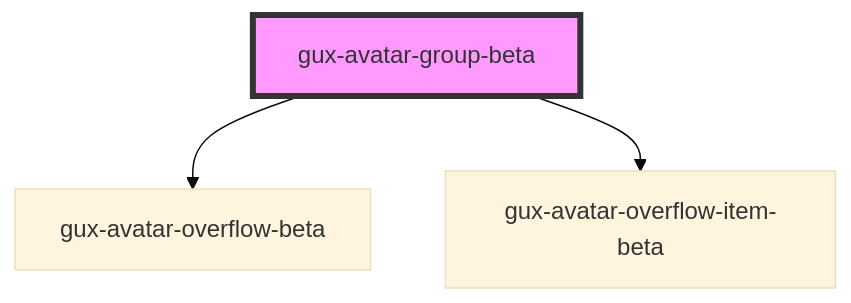
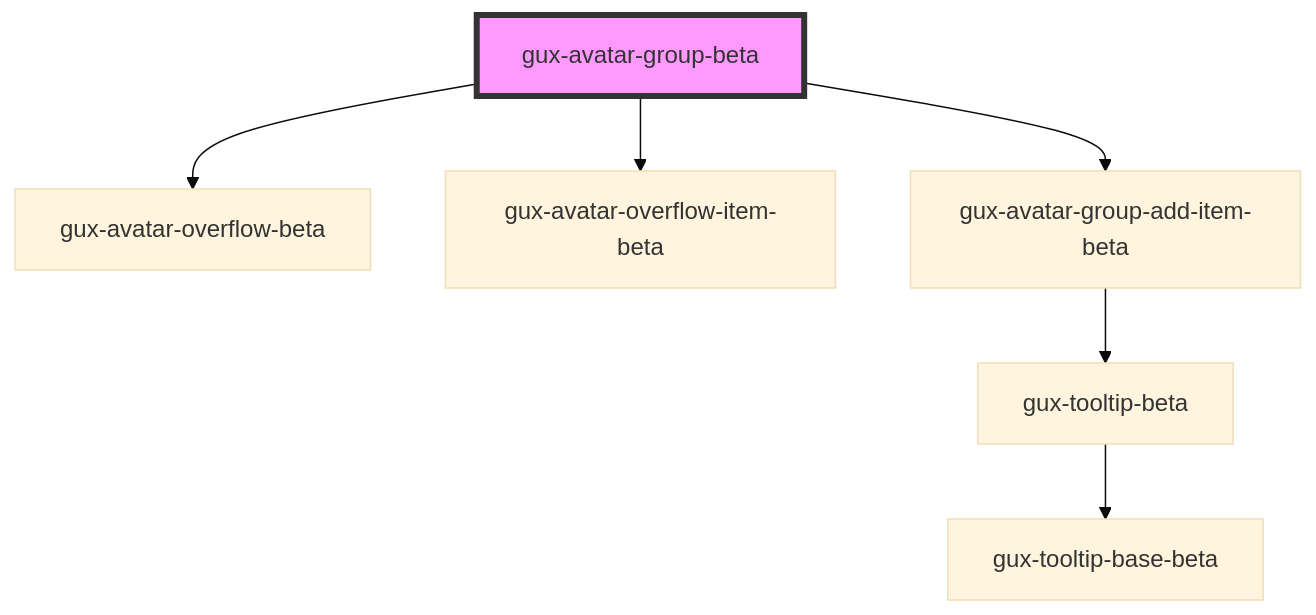
One commit to MyPureCloud/genesys-spark changed the diagram in packages/genesys-spark-components/src/components/beta/gux-avatar-group/readme.md. Above: the diagram before and after it, drawn with Mermaid (base theme). The commit also changed other lines of this file and 9 other files, not shown here.

````diff
--- a/packages/genesys-spark-components/src/components/beta/gux-avatar-group/readme.md
+++ b/packages/genesys-spark-components/src/components/beta/gux-avatar-group/readme.md
@@ -30,6 +31,9 @@
 ```mermaid
 graph TD;
   gux-avatar-group-beta --> gux-avatar-overflow-beta
   gux-avatar-group-beta --> gux-avatar-overflow-item-beta
+  gux-avatar-group-beta --> gux-avatar-group-add-item-beta
+  gux-avatar-group-add-item-beta --> gux-tooltip-beta
+  gux-tooltip-beta --> gux-tooltip-base-beta
   style gux-avatar-group-beta fill:#f9f,stroke:#333,stroke-width:4px
 ```
````
